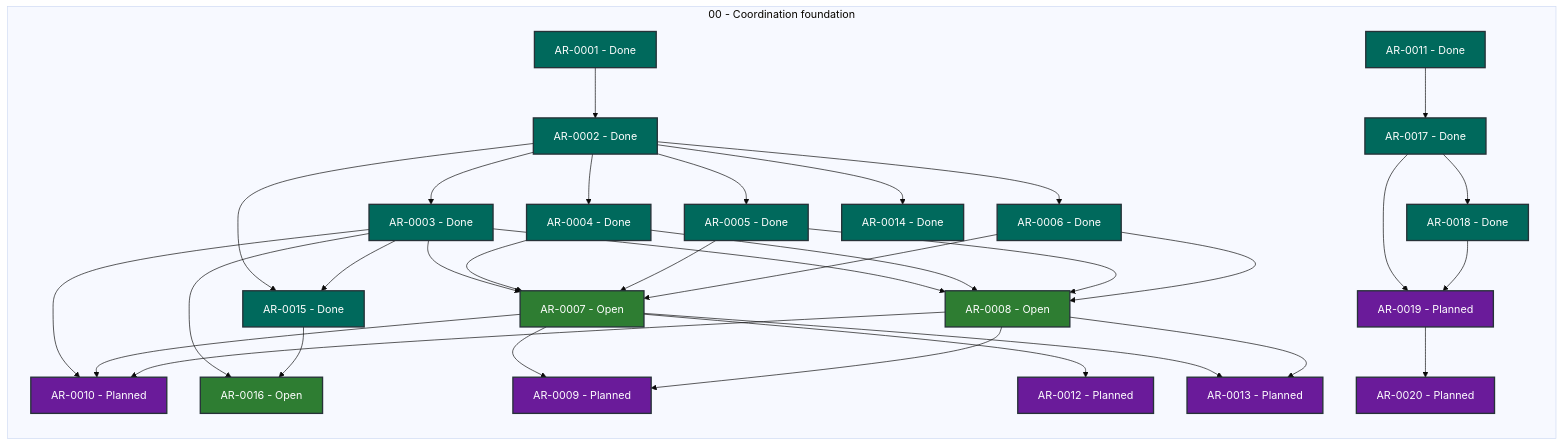
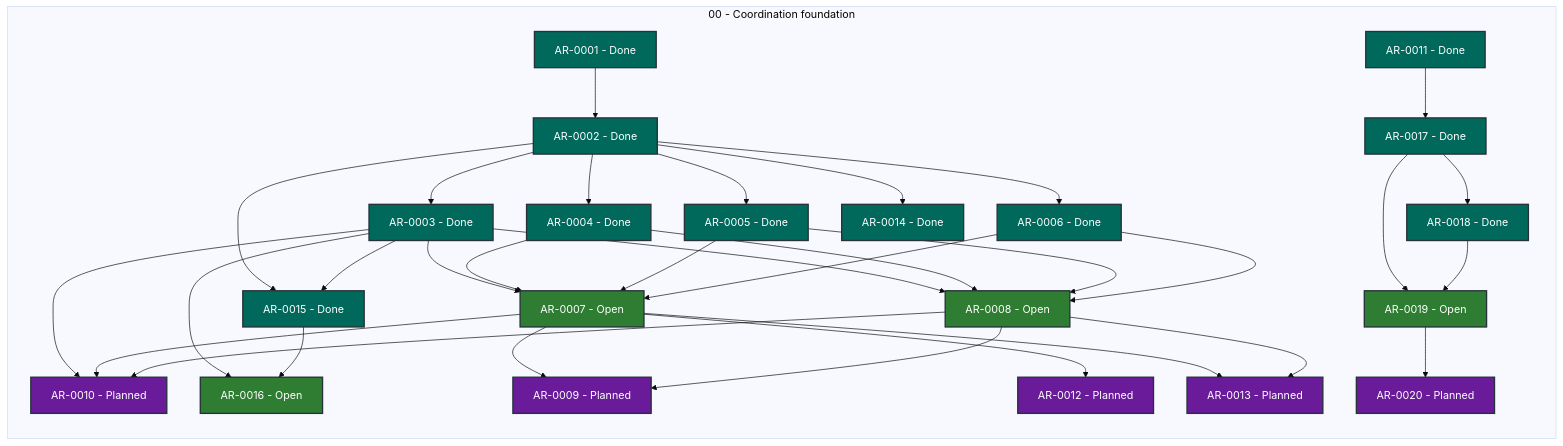
Before and after one commit to martin-beck/agent-workflow-coordinator-state: the diagram in STATUS.md, drawn with Mermaid (base theme). The commit also changed other lines of this file and 2 other files, not shown here.

````diff
--- a/STATUS.md
+++ b/STATUS.md
@@ -27,65 +27,65 @@
 ```mermaid
 flowchart LR
     subgraph series_00["00 - Coordination foundation"]
         direction TB
         AR_0001["AR-0001 - Done"]:::status_done
         AR_0002["AR-0002 - Done"]:::status_done
         AR_0003["AR-0003 - Done"]:::status_done
         AR_0004["AR-0004 - Done"]:::status_done
         AR_0005["AR-0005 - Done"]:::status_done
         AR_0006["AR-0006 - Done"]:::status_done
         AR_0007["AR-0007 - Open"]:::status_open
         AR_0008["AR-0008 - Open"]:::status_open
         AR_0009["AR-0009 - Planned"]:::status_planned
         AR_0010["AR-0010 - Planned"]:::status_planned
         AR_0011["AR-0011 - Done"]:::status_done
         AR_0012["AR-0012 - Planned"]:::status_planned
         AR_0013["AR-0013 - Planned"]:::status_planned
         AR_0014["AR-0014 - Done"]:::status_done
         AR_0015["AR-0015 - Done"]:::status_done
         AR_0016["AR-0016 - Open"]:::status_open
         AR_0017["AR-0017 - Done"]:::status_done
         AR_0018["AR-0018 - Done"]:::status_done
-        AR_0019["AR-0019 - Planned"]:::status_planned
+        AR_0019["AR-0019 - Open"]:::status_open
         AR_0020["AR-0020 - Planned"]:::status_planned
     end
     AR_0001 --> AR_0002
     AR_0002 --> AR_0003
     AR_0002 --> AR_0004
     AR_0002 --> AR_0005
     AR_0002 --> AR_0006
     AR_0002 --> AR_0014
     AR_0002 --> AR_0015
     AR_0003 --> AR_0007
     AR_0003 --> AR_0008
     AR_0003 --> AR_0010
     AR_0003 --> AR_0015
     AR_0003 --> AR_0016
     AR_0004 --> AR_0007
     AR_0004 --> AR_0008
     AR_0005 --> AR_0007
     AR_0005 --> AR_0008
     AR_0006 --> AR_0007
     AR_0006 --> AR_0008
     AR_0007 --> AR_0009
     AR_0007 --> AR_0010
     AR_0007 --> AR_0012
     AR_0007 --> AR_0013
     AR_0008 --> AR_0009
     AR_0008 --> AR_0010
     AR_0008 --> AR_0013
     AR_0011 --> AR_0017
     AR_0015 --> AR_0016
     AR_0017 --> AR_0018
     AR_0017 --> AR_0019
     AR_0018 --> AR_0019
     AR_0019 --> AR_0020
     classDef status_in_progress fill:#1565c0,color:#ffffff,stroke:#263238,stroke-width:2px
     classDef status_open fill:#2e7d32,color:#ffffff,stroke:#263238,stroke-width:2px
     classDef status_blocked fill:#c62828,color:#ffffff,stroke:#263238,stroke-width:2px
     classDef status_planned fill:#6a1b9a,color:#ffffff,stroke:#263238,stroke-width:2px
     classDef status_future fill:#455a64,color:#ffffff,stroke:#263238,stroke-width:2px
     classDef status_done fill:#00695c,color:#ffffff,stroke:#263238,stroke-width:2px
     classDef status_cancelled fill:#616161,color:#ffffff,stroke:#263238,stroke-width:2px
     classDef status_superseded fill:#5d4037,color:#ffffff,stroke:#263238,stroke-width:2px
 ```
````
